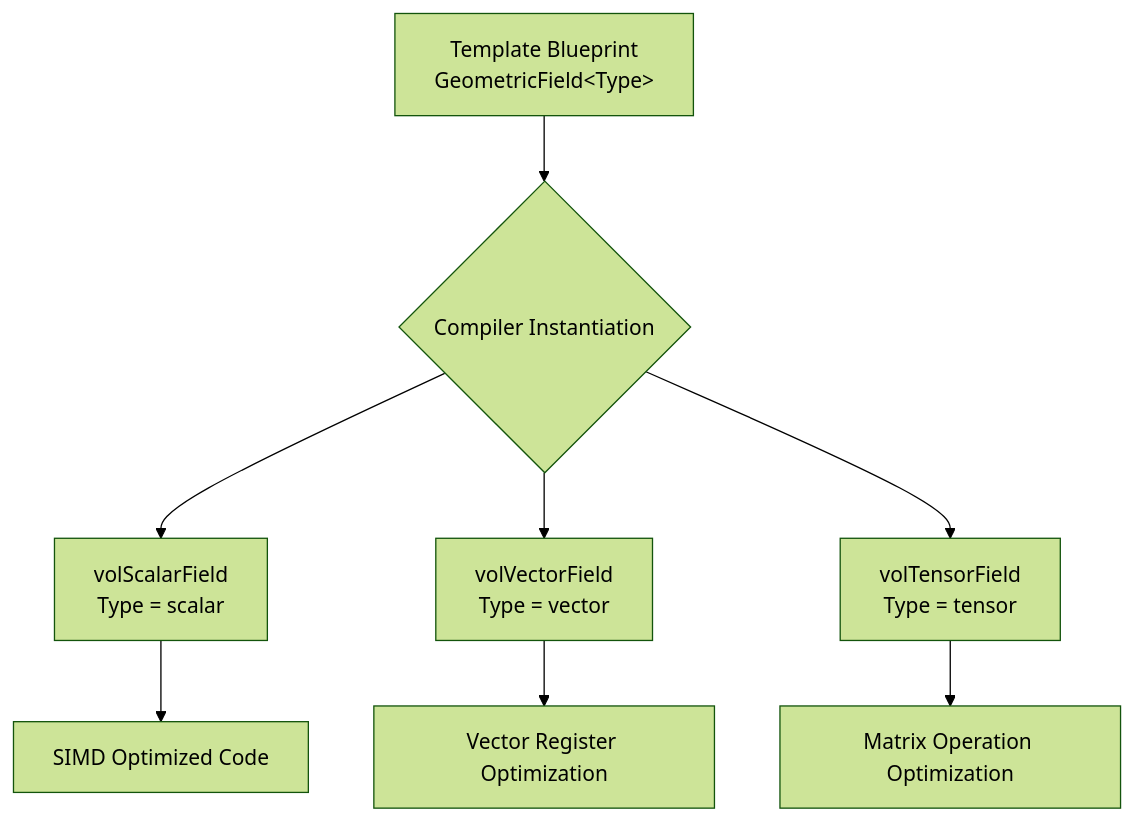
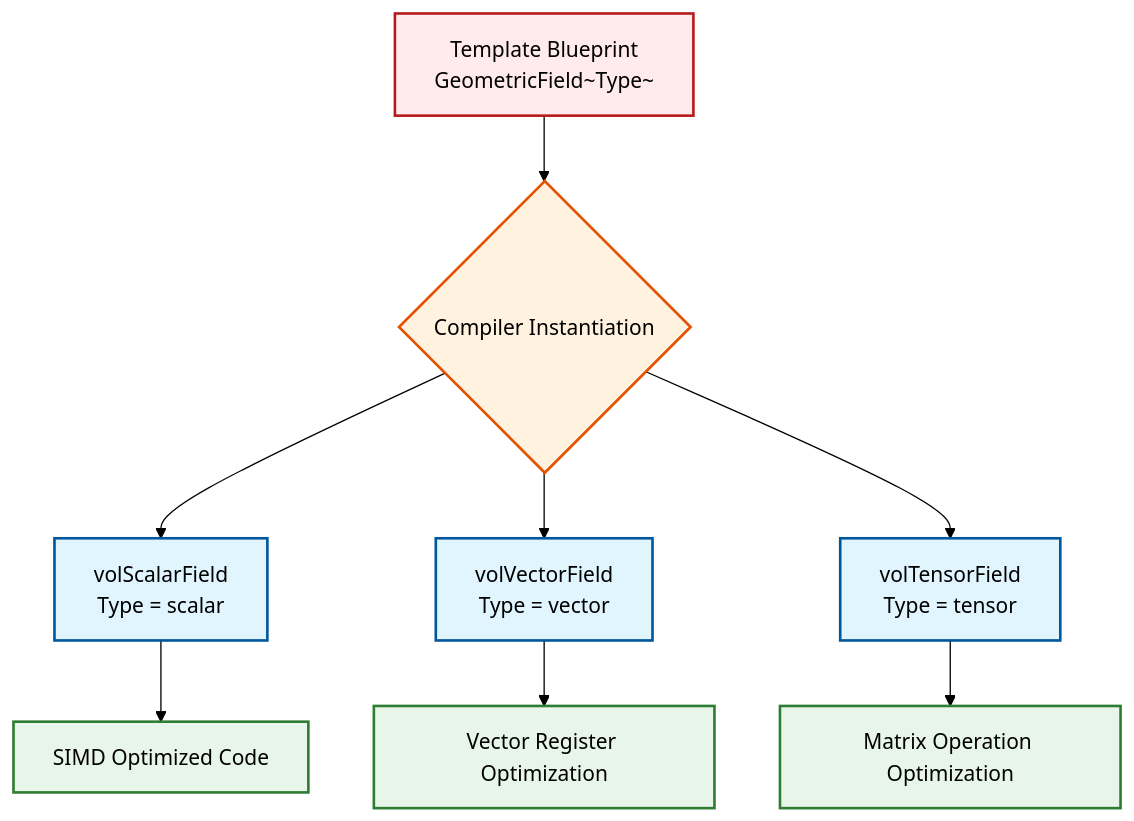
Before and after one commit to wramet/build-my-cfd: the diagram in MODULE_09_ADVANCED_TOPICS/CONTENT/01_TEMPLATE_PROGRAMMING/01_Introduction.md, drawn with Mermaid (forest theme). The commit also changed 313 other files, not shown here.

Commit message:
Revise all diagram

````diff
--- a/MODULE_09_ADVANCED_TOPICS/CONTENT/01_TEMPLATE_PROGRAMMING/01_Introduction.md
+++ b/MODULE_09_ADVANCED_TOPICS/CONTENT/01_TEMPLATE_PROGRAMMING/01_Introduction.md
@@ -130,10 +130,14 @@
 ```mermaid
 graph TD
-    A[Template Blueprint<br/>GeometricField&lt;Type&gt;] --> B{Compiler Instantiation}
-    B --> C[volScalarField<br/>Type = scalar]
-    B --> D[volVectorField<br/>Type = vector]
-    B --> E[volTensorField<br/>Type = tensor]
-    C --> F[SIMD Optimized Code]
-    D --> G[Vector Register Optimization]
-    E --> H[Matrix Operation Optimization]
+classDef implicit fill:#e1f5fe,stroke:#01579b,stroke-width:2px
+classDef explicit fill:#ffebee,stroke:#b71c1c,stroke-width:2px
+classDef success fill:#e8f5e9,stroke:#2e7d32,stroke-width:2px
+classDef warning fill:#fff3e0,stroke:#e65100,stroke-width:2px
+A[Template Blueprint<br/>GeometricField~Type~]:::explicit --> B{Compiler Instantiation}:::warning
+B --> C[volScalarField<br/>Type = scalar]:::implicit
+B --> D[volVectorField<br/>Type = vector]:::implicit
+B --> E[volTensorField<br/>Type = tensor]:::implicit
+C --> F[SIMD Optimized Code]:::success
+D --> G[Vector Register Optimization]:::success
+E --> H[Matrix Operation Optimization]:::success
 ```
````
